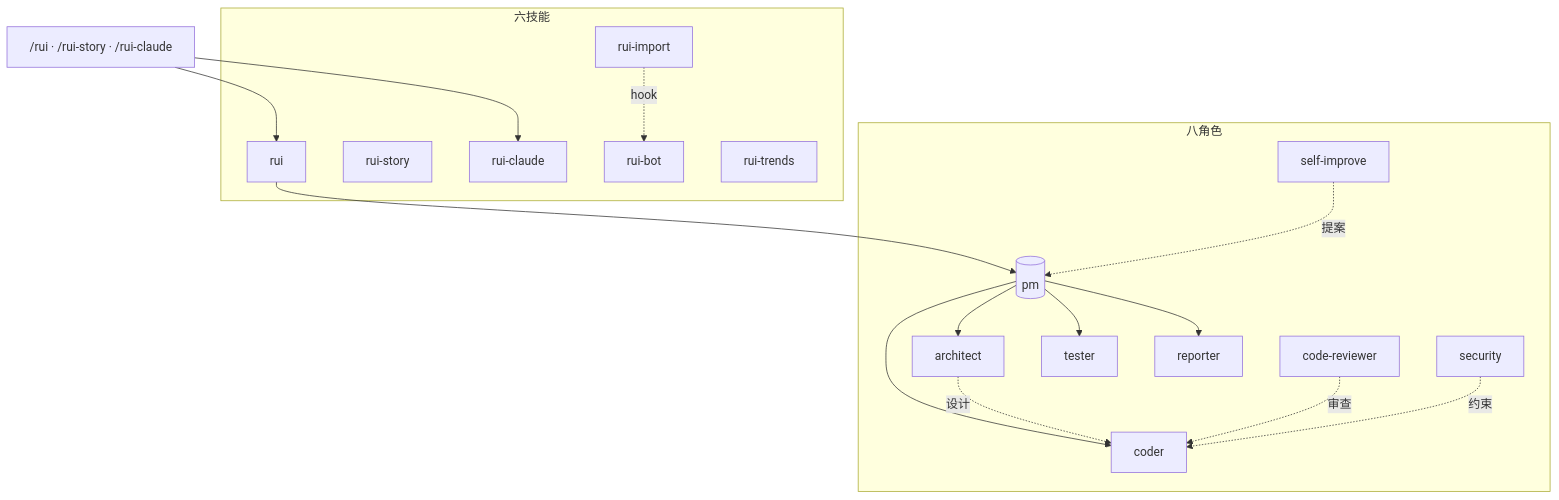
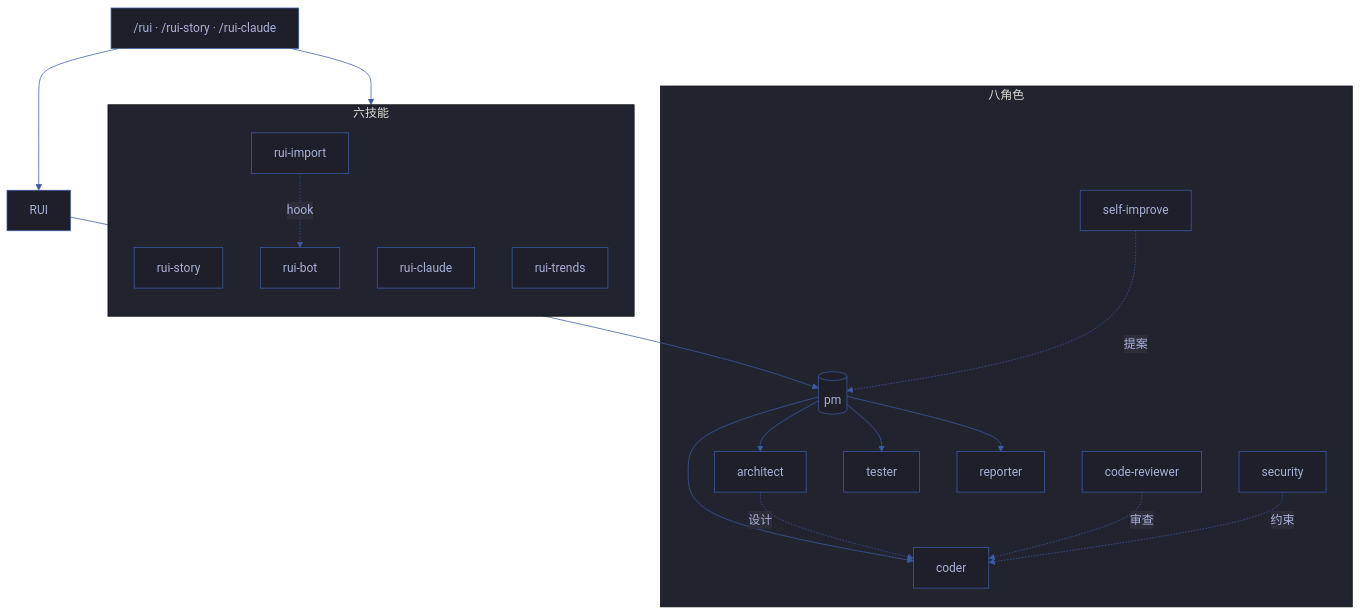
The first of 6 diagrams in README.md (effiy/YrY), drawn with Mermaid before and after one commit. The commit also changed other lines of this file and 42 other files, not shown here.

First line of the commit message:
feat: apply Mermaid authoring rules (M1-M12) across entire codebase

````diff
--- a/README.md
+++ b/README.md
@@ -9,33 +9,42 @@
 ```mermaid
+%%{init: {'theme': 'base', 'themeVariables': {
+  'primaryColor': '#1e1f2b',
+  'primaryTextColor': '#a9b1d6',
+  'primaryBorderColor': '#3d59a1',
+  'lineColor': '#3d59a1',
+  'secondaryColor': '#2b2d3b',
+  'tertiaryColor': '#21232f'
+}}}%%
 flowchart TD
     CMD["/rui · /rui-story · /rui-claude"]
 
     subgraph Skills[六技能]
-        RUI[rui]:::skill
+        direction TB
         RS[rui-story]:::skill
         RC[rui-claude]:::skill
         ID[rui-import]:::skill
         WW[rui-bot]:::skill
         TD[rui-trends]:::skill
     end
 
     subgraph Agents[八角色]
         PM[("pm")]:::core
         ARCHITECT[architect]:::agent
         CODER[coder]:::agent
         REVIEWER[code-reviewer]:::agent
         TESTER[tester]:::agent
         REPORTER[reporter]:::agent
         SECURITY[security]:::agent
         SI[self-improve]:::agent
     end
 
     CMD --> RUI & RC
     RUI --> PM
     PM --> ARCHITECT & CODER & TESTER & REPORTER
     ARCHITECT -.设计.-> CODER
     REVIEWER -.审查.-> CODER
     SECURITY -.约束.-> CODER
     SI -.提案.-> PM
     ID -.hook.-> WW
+
 ```
````
